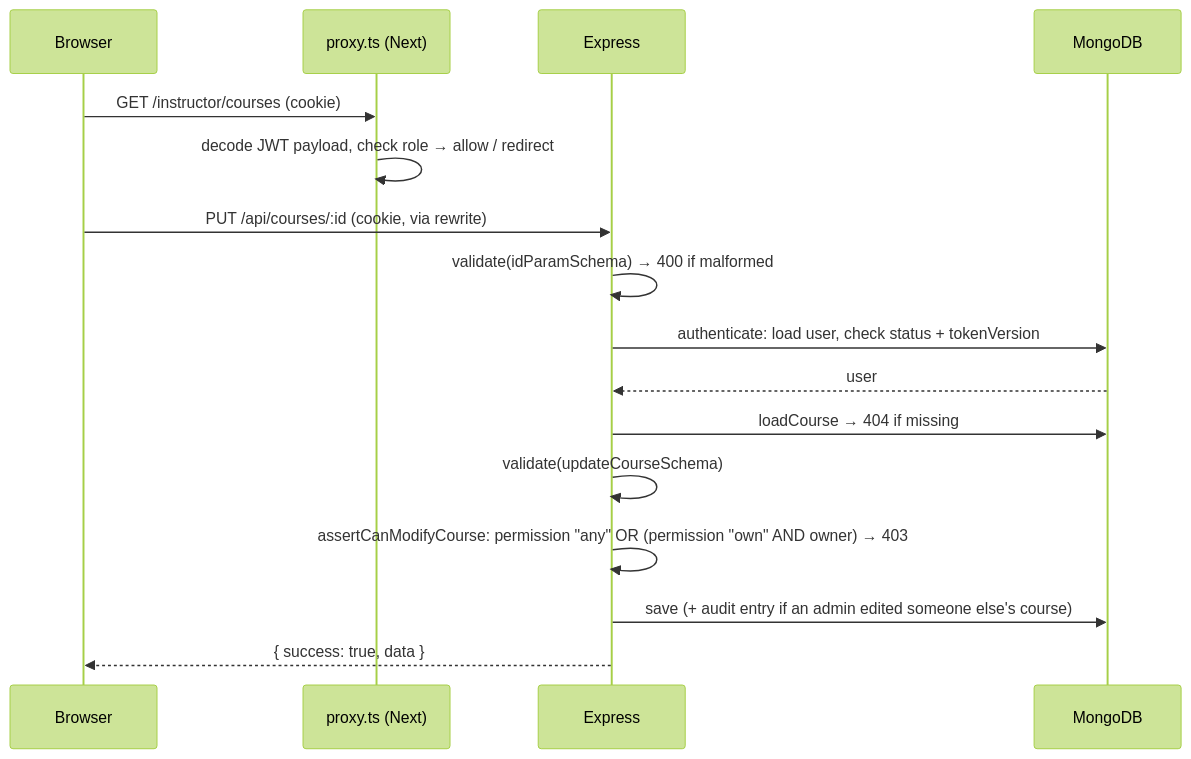
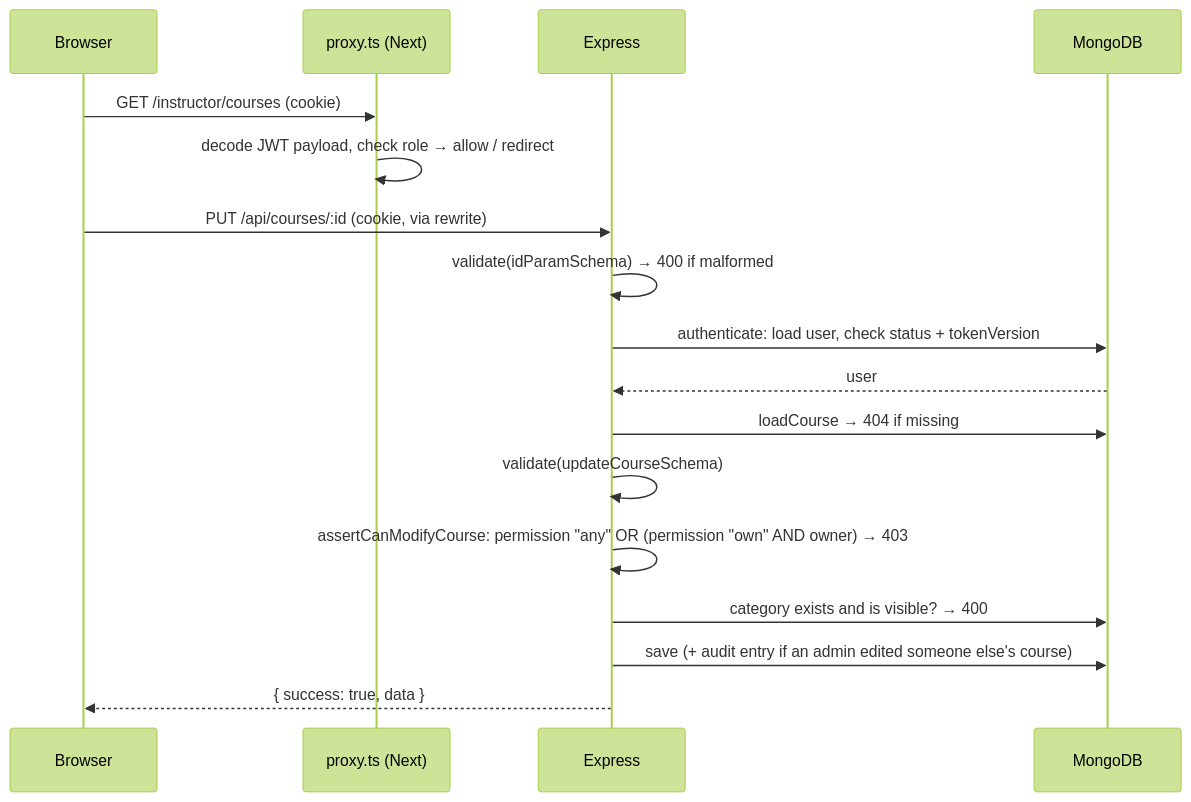
One commit to gishanchamith/GPT_LMS changed the second of 3 diagrams in docs/ARCHITECTURE.md. Above: the diagram before and after it, drawn with Mermaid (forest theme). The commit also changed other lines of this file and 8 other files, not shown here.

````diff
--- a/docs/ARCHITECTURE.md
+++ b/docs/ARCHITECTURE.md
@@ -23,18 +24,19 @@
 ```mermaid
 sequenceDiagram
     participant B as Browser
     participant P as proxy.ts (Next)
     participant A as Express
     participant D as MongoDB
     B->>P: GET /instructor/courses (cookie)
     P->>P: decode JWT payload, check role → allow / redirect
     B->>A: PUT /api/courses/:id (cookie, via rewrite)
     A->>A: validate(idParamSchema) → 400 if malformed
     A->>D: authenticate: load user, check status + tokenVersion
     D-->>A: user
     A->>D: loadCourse → 404 if missing
     A->>A: validate(updateCourseSchema)
     A->>A: assertCanModifyCourse: permission "any" OR (permission "own" AND owner) → 403
+    A->>D: category exists and is visible? → 400
     A->>D: save (+ audit entry if an admin edited someone else's course)
     A-->>B: { success: true, data }
 ```
````
